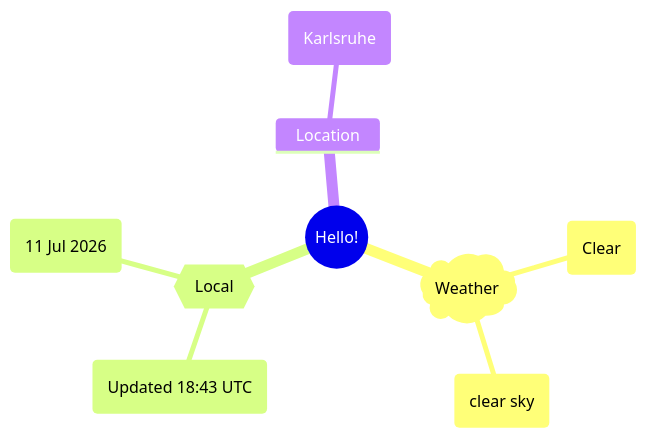
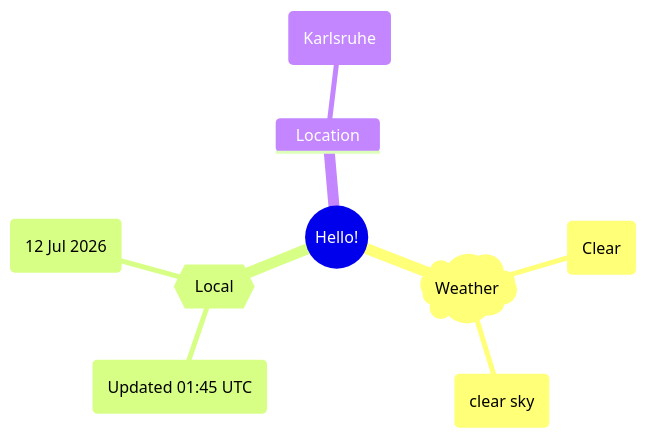
Before and after one commit to Xosrov/Xosrov: the first of 2 diagrams in README.md, drawn with Mermaid.

Commit message:
[bot] updated images

````diff
--- a/README.md
+++ b/README.md
@@ -3,12 +3,12 @@
 ```mermaid
 mindmap
   root((Hello!))
     )Weather(
         (Clear)
         (clear sky)
     {{Local}}
-        (Updated 18:43 UTC)
-        (11 Jul 2026)
+        (Updated 01:45 UTC)
+        (12 Jul 2026)
     Location
         (Karlsruhe)
 ```
````
